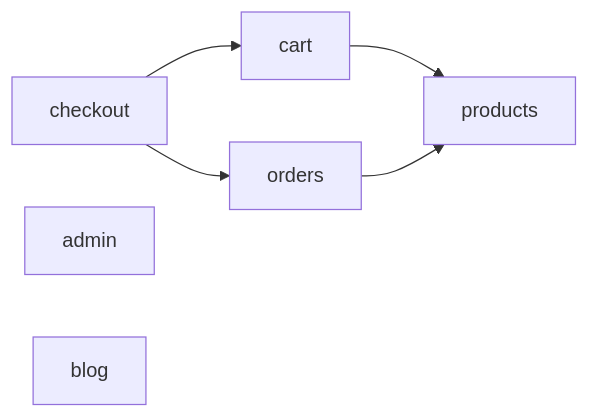
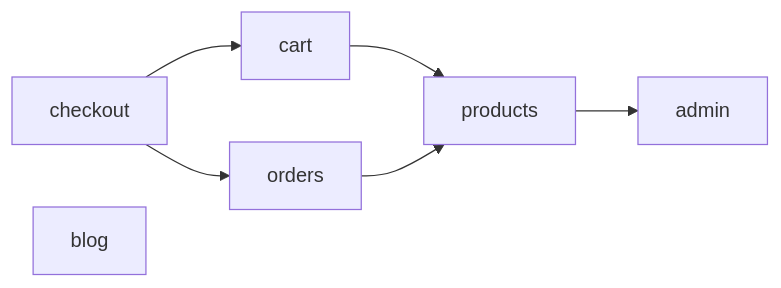
The second of 6 diagrams in docs/architecture.md (chinhpham208/next-store), drawn with Mermaid before and after one commit. The commit also changed other lines of this file and 31 other files, not shown here.

````diff
--- a/docs/architecture.md
+++ b/docs/architecture.md
@@ -40,10 +40,10 @@
 ```mermaid
 flowchart LR
   products
   cart --> products
   checkout --> cart
   checkout --> orders
   orders --> products
-  admin
+  products --> admin
   blog
 ```
````
